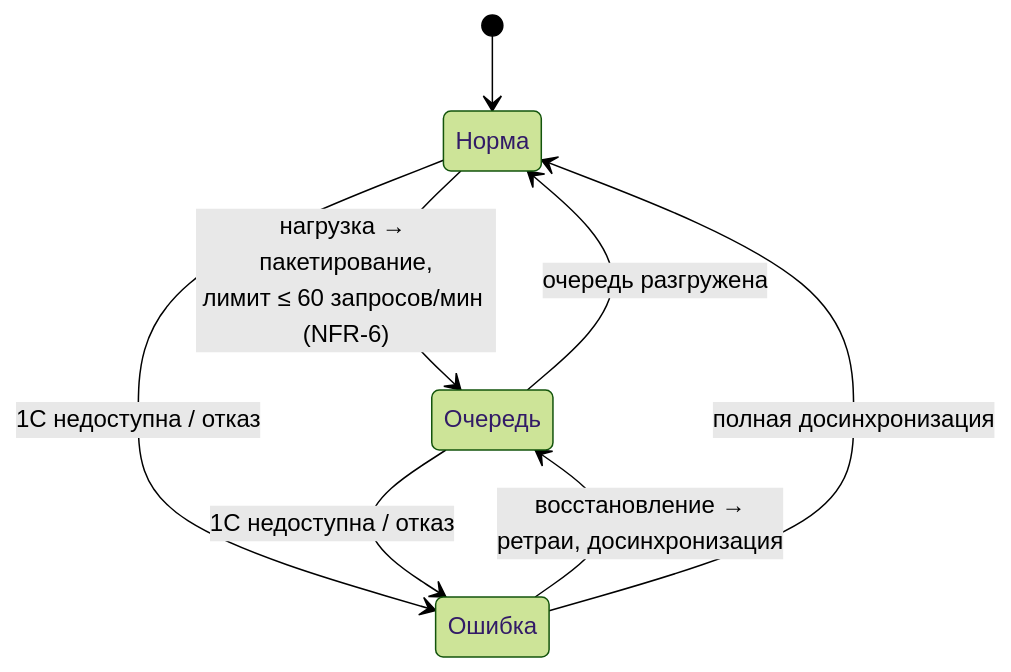
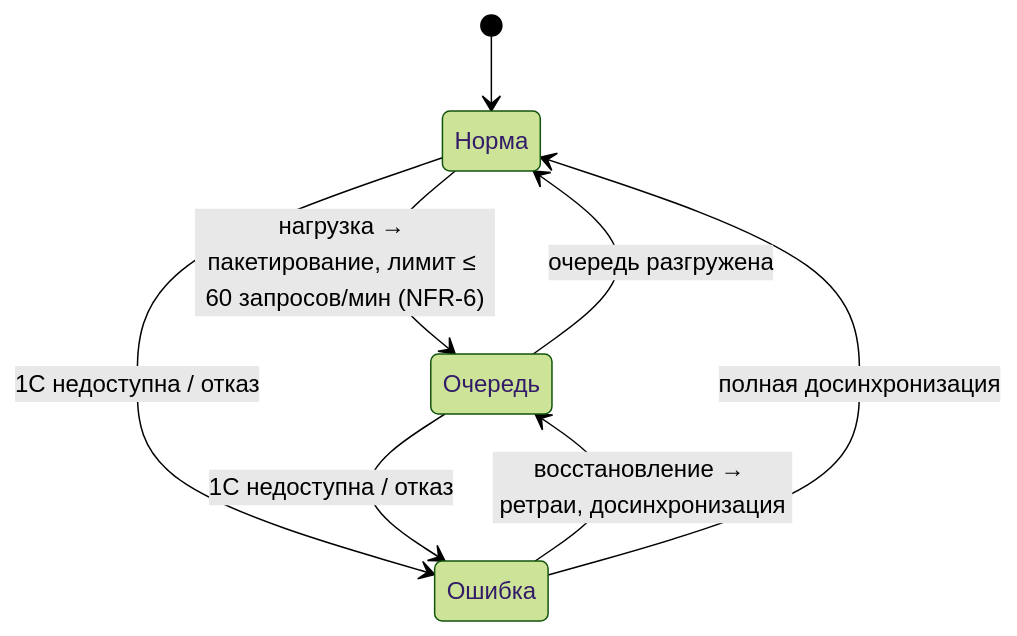
One commit to igorvolk1961/water_checker changed the fourth of 4 diagrams in docs/system_analysis/diagrams/state_model_and_batch.md. Above: the diagram before and after it, drawn with Mermaid (forest theme). The commit also changed other lines of this file and 4 other files, not shown here.

Commit message:
Simplify mermaid labels in sequence/state diagrams to avoid parser tokens (semicolon, br tag)

````diff
--- a/docs/system_analysis/diagrams/state_model_and_batch.md
+++ b/docs/system_analysis/diagrams/state_model_and_batch.md
@@ -60,13 +60,13 @@
 ```mermaid
 stateDiagram-v2
     state "Норма" as S1
     state "Очередь" as S2
     state "Ошибка" as S3
     [*] --> S1
-    S1 --> S2 : нагрузка → пакетирование,<br/>лимит ≤ 60 запросов/мин (NFR-6)
+    S1 --> S2 : нагрузка → пакетирование, лимит ≤ 60 запросов/мин (NFR-6)
     S2 --> S1 : очередь разгружена
     S1 --> S3 : 1С недоступна / отказ
     S2 --> S3 : 1С недоступна / отказ
-    S3 --> S2 : восстановление →<br/>ретраи, досинхронизация
+    S3 --> S2 : восстановление → ретраи, досинхронизация
     S3 --> S1 : полная досинхронизация
 ```
````
